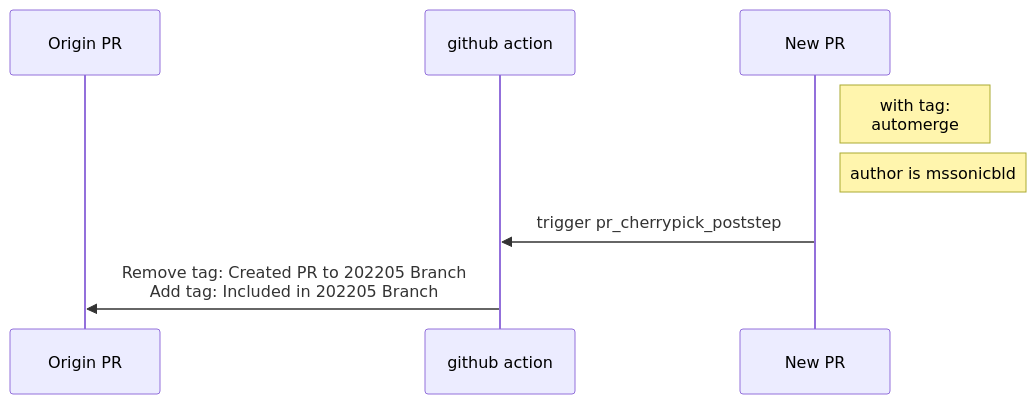
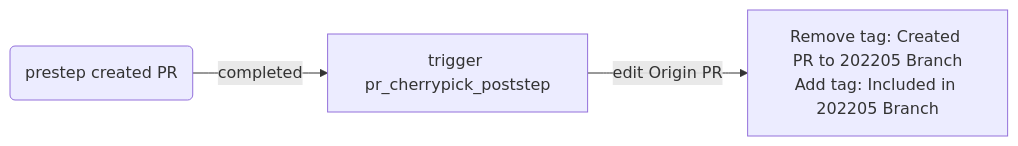
The third of 3 diagrams in .github/workflows/README.md (liushilongbuaa/sonic-buildimage), drawn with Mermaid before and after one commit. The commit also changed other lines of this file, not shown here.

````diff
--- a/.github/workflows/README.md
+++ b/.github/workflows/README.md
@@ -23,10 +25,5 @@
 ```mermaid
-sequenceDiagram
- participant  Origin PR
- participant  github action
- participant  New PR
- Note  right of  New PR: with tag:<br> automerge
- Note  right of  New PR: author is mssonicbld
- New PR->>github action: trigger pr_cherrypick_poststep
- github action->>Origin PR: Remove tag: Created PR to 202205 Branch<br>Add tag: Included in 202205 Branch
+graph LR
+A(prestep created PR) -- completed --> B[trigger pr_cherrypick_poststep]
+B -- edit Origin PR --> C[Remove tag: Created PR to 202205 Branch<br>Add tag: Included in 202205 Branch]
 ```
````
